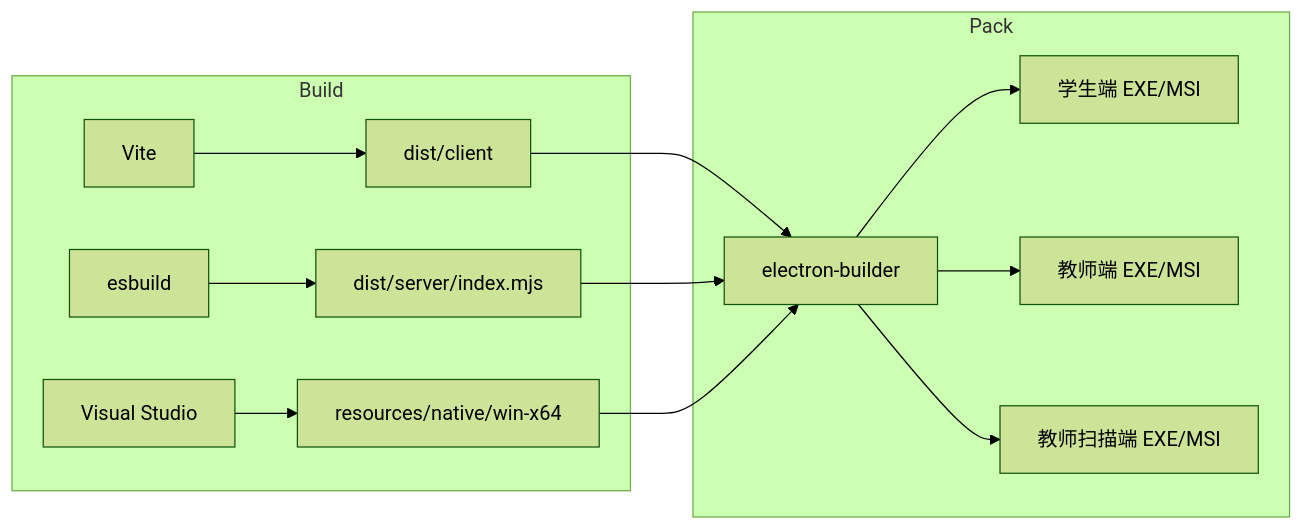
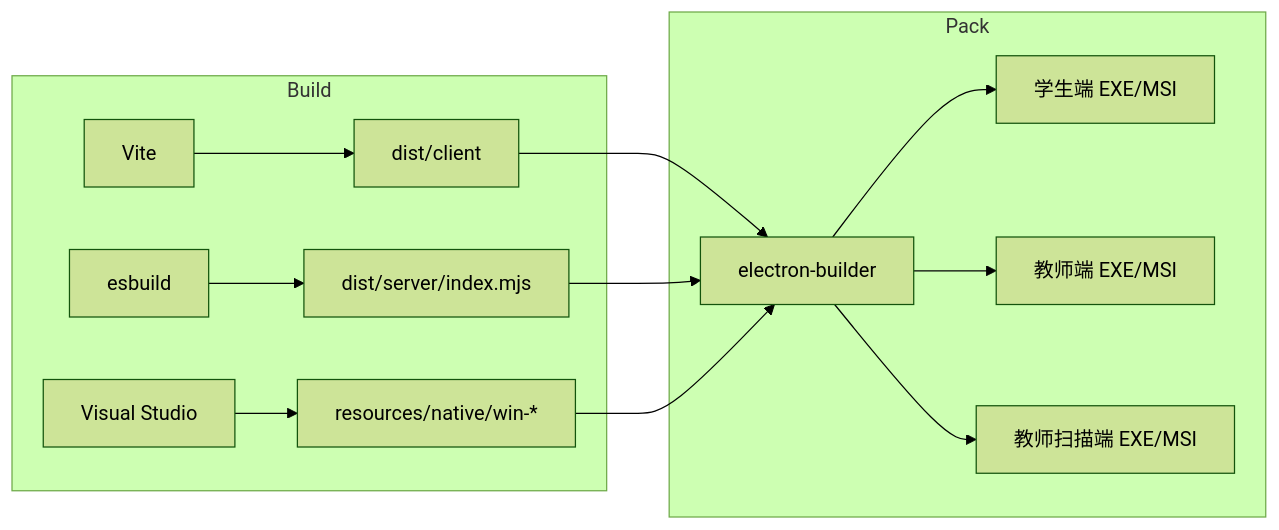
Before and after one commit to Dalian-No-5-Middle-School-I-T-C/Project-X: the fourth of 4 diagrams in readus/ARCHITECTURE.md, drawn with Mermaid (forest theme). The commit also changed other lines of this file and 26 other files, not shown here.

````diff
--- a/readus/ARCHITECTURE.md
+++ b/readus/ARCHITECTURE.md
@@ -296,19 +296,19 @@
 ```mermaid
 flowchart LR
     subgraph Build
         V[Vite] --> DC[dist/client]
         E[esbuild] --> DS[dist/server/index.mjs]
-        VS[Visual Studio] --> NAT[resources/native/win-x64]
+        VS[Visual Studio] --> NAT[resources/native/win-*]
     end
 
     subgraph Pack
         EB[electron-builder]
         EB --> S[学生端 EXE/MSI]
         EB --> T[教师端 EXE/MSI]
         EB --> TS[教师扫描端 EXE/MSI]
     end
 
     DC --> EB
     DS --> EB
     NAT --> EB
 ```
````
